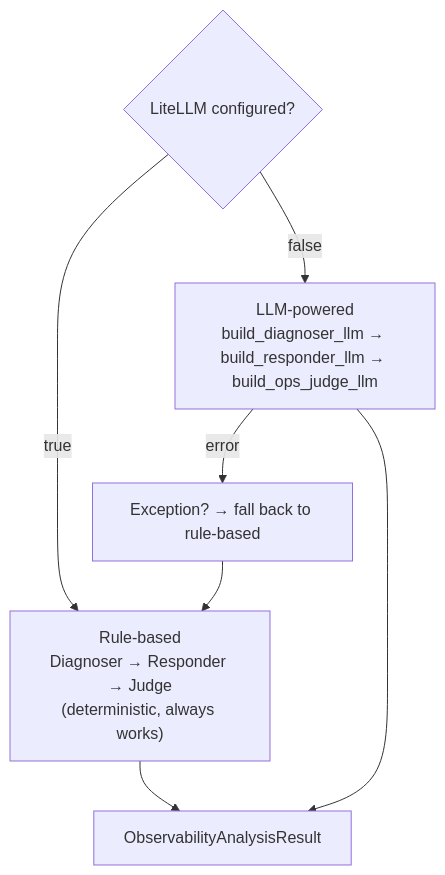
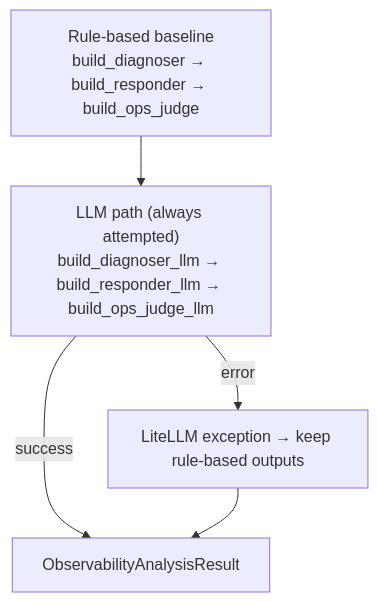
The third of 3 diagrams in docs/17-observability-pipeline.md (Sepideh-Asadollahi/ThinkingSOC-splunk-hackathon), drawn with Mermaid before and after one commit. The commit also changed 55 other files, not shown here.

````diff
--- a/docs/17-observability-pipeline.md
+++ b/docs/17-observability-pipeline.md
@@ -129,12 +129,11 @@
 ```mermaid
 flowchart TD
-  Check{"LiteLLM configured?"}
-  Rules["Rule-based\nDiagnoser → Responder → Judge\n(deterministic, always works)"]
-  LLM["LLM-powered\nbuild_diagnoser_llm → build_responder_llm → build_ops_judge_llm"]
-  Fallback["Exception? → fall back to rule-based"]
+  Rules["Rule-based baseline\nbuild_diagnoser → build_responder → build_ops_judge"]
+  LLM["LLM path (always attempted)\nbuild_diagnoser_llm → build_responder_llm → build_ops_judge_llm"]
+  Fallback["LiteLLM exception → keep rule-based outputs"]
   Result["ObservabilityAnalysisResult"]
 
-  Check -->|true| Rules --> Result
-  Check -->|false| LLM --> Result
-  LLM -->|error| Fallback --> Rules
+  Rules --> LLM
+  LLM -->|success| Result
+  LLM -->|error| Fallback --> Result
 ```
````
